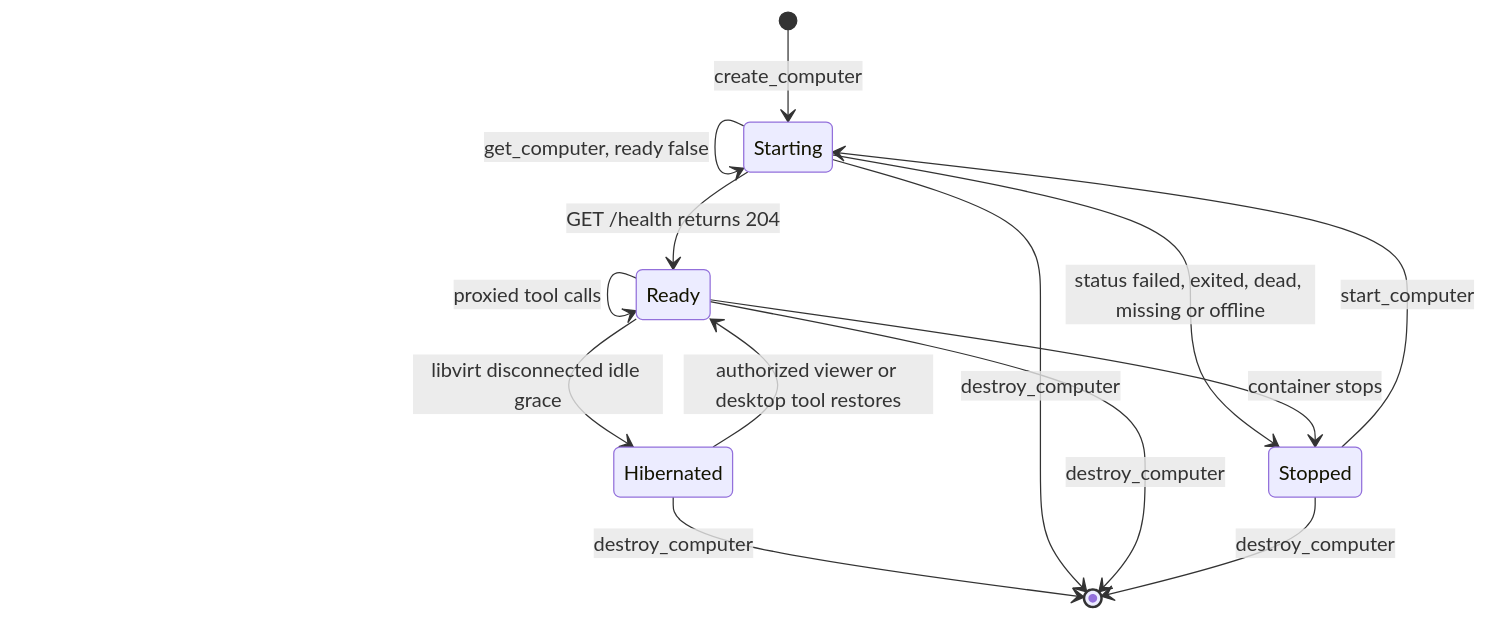
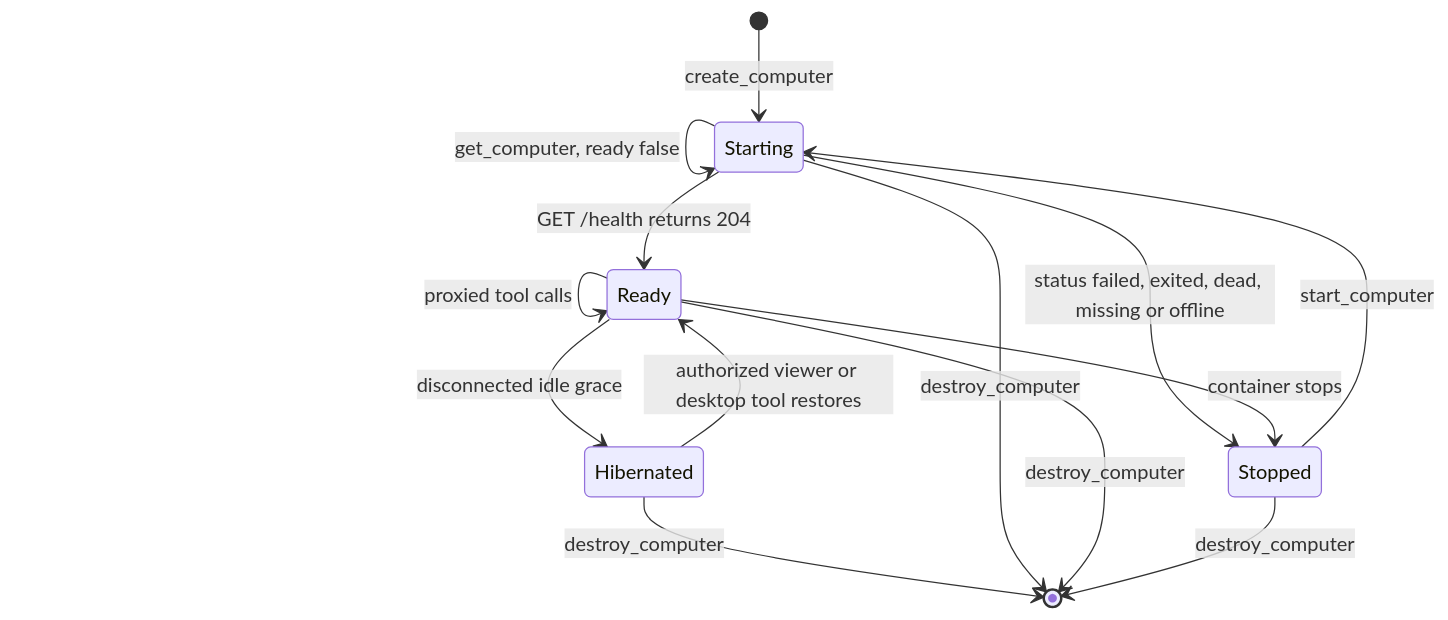
One commit to mieweb/ozwell-computer changed the first of 8 diagrams in orchestrator/README.md. Above: the diagram before and after it, drawn with Mermaid. The commit also changed other lines of this file and 58 other files, not shown here.

````diff
--- a/orchestrator/README.md
+++ b/orchestrator/README.md
@@ -54,16 +54,16 @@
 ```mermaid
 stateDiagram-v2
     [*] --> Starting: create_computer
     Starting --> Starting: get_computer, ready false
     Starting --> Ready: GET /health returns 204
     Starting --> Stopped: status failed, exited, dead, missing or offline
     Ready --> Ready: proxied tool calls
-    Ready --> Hibernated: libvirt disconnected idle grace
+    Ready --> Hibernated: disconnected idle grace
     Hibernated --> Ready: authorized viewer or desktop tool restores
     Hibernated --> [*]: destroy_computer
     Ready --> Stopped: container stops
     Stopped --> Starting: start_computer
     Starting --> [*]: destroy_computer
     Ready --> [*]: destroy_computer
     Stopped --> [*]: destroy_computer
 ```
````
